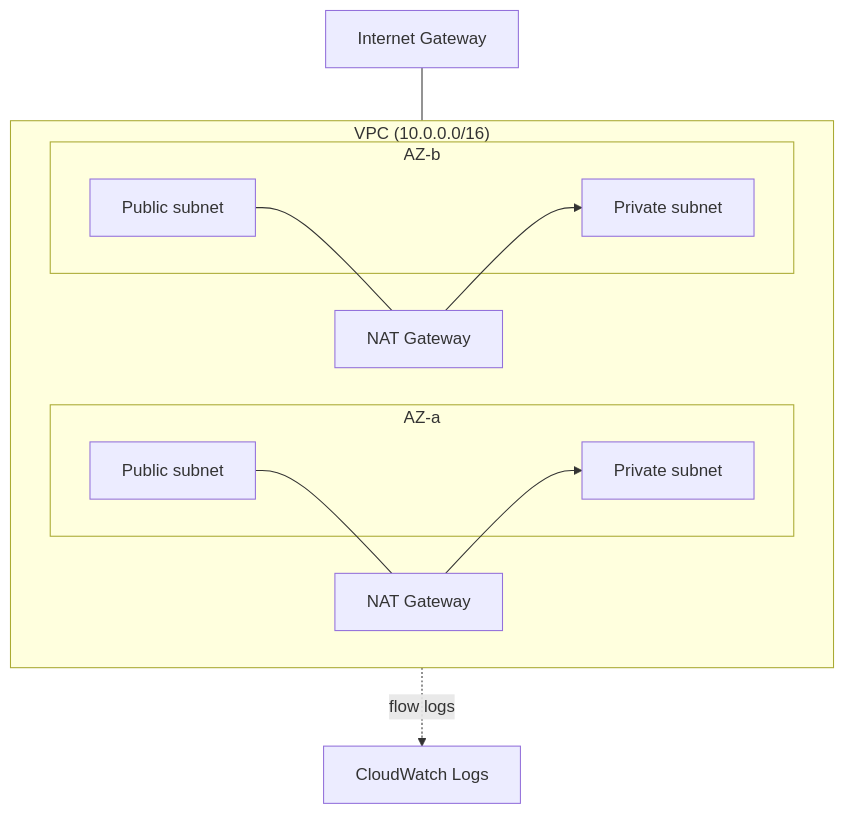
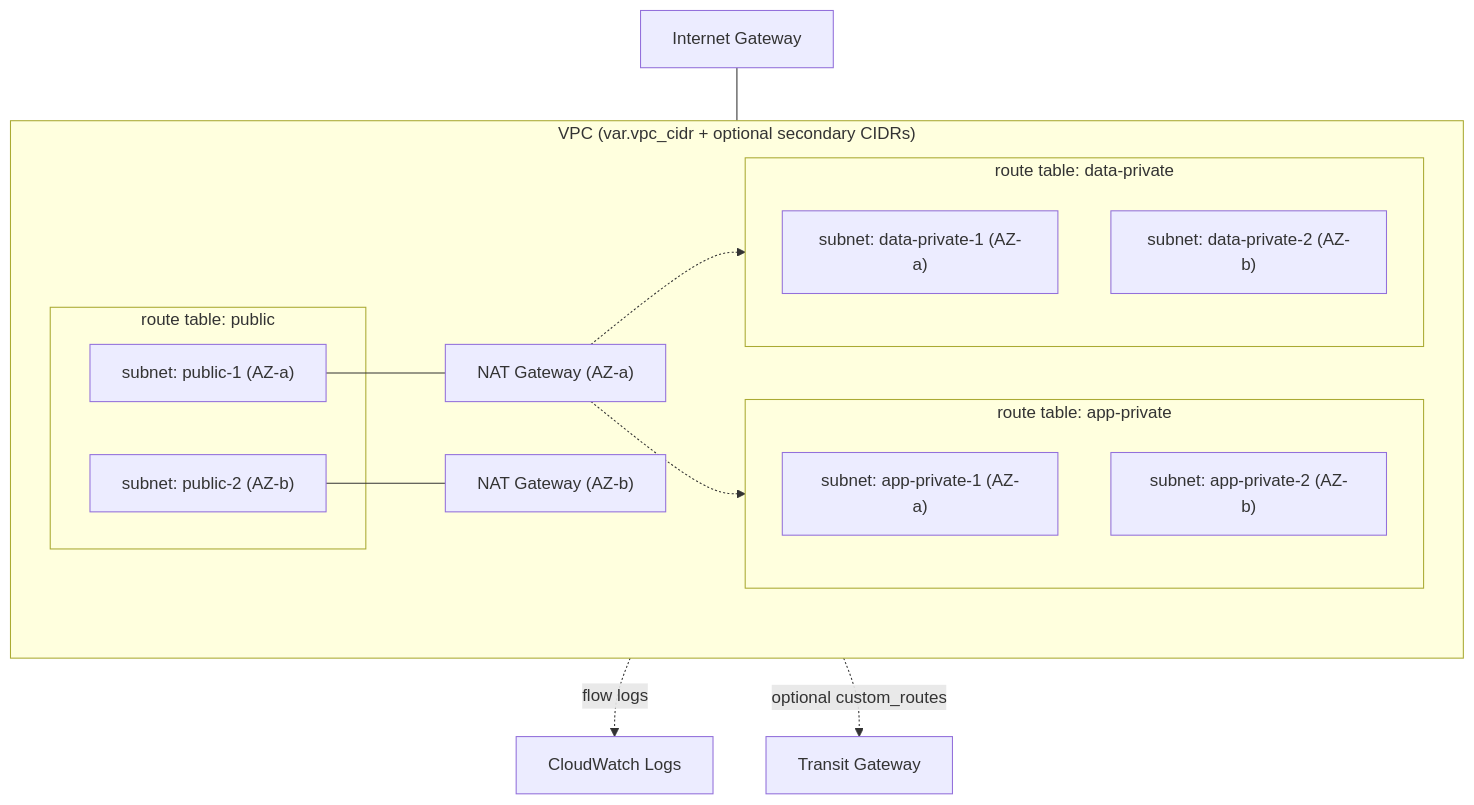
Before and after one commit to metalaranna/terraform-aws-vpc: the diagram in README.md, drawn with Mermaid. The commit also changed other lines of this file and 4 other files, not shown here.

````diff
--- a/README.md
+++ b/README.md
@@ -7,20 +9,25 @@
 ```mermaid
 flowchart TB
     igw["Internet Gateway"] --- vpc
-    subgraph vpc["VPC (10.0.0.0/16)"]
+    subgraph vpc["VPC (var.vpc_cidr + optional secondary CIDRs)"]
         direction LR
-        subgraph az1["AZ-a"]
-            pub1["Public subnet"]
-            priv1["Private subnet"]
+        subgraph rt_pub["route table: public"]
+            pub1["subnet: public-1 (AZ-a)"]
+            pub2["subnet: public-2 (AZ-b)"]
         end
-        subgraph az2["AZ-b"]
-            pub2["Public subnet"]
-            priv2["Private subnet"]
+        subgraph rt_app["route table: app-private"]
+            app1["subnet: app-private-1 (AZ-a)"]
+            app2["subnet: app-private-2 (AZ-b)"]
         end
-        pub1 --- nat1["NAT Gateway"]
-        pub2 --- nat2["NAT Gateway"]
-        nat1 --> priv1
-        nat2 --> priv2
+        subgraph rt_data["route table: data-private"]
+            data1["subnet: data-private-1 (AZ-a)"]
+            data2["subnet: data-private-2 (AZ-b)"]
+        end
+        pub1 --- nat1["NAT Gateway (AZ-a)"]
+        pub2 --- nat2["NAT Gateway (AZ-b)"]
+        nat1 -.-> rt_app
+        nat1 -.-> rt_data
     end
     vpc -. "flow logs" .-> cw["CloudWatch Logs"]
+    rt_app -. "optional custom_routes" .-> tgw["Transit Gateway"]
 ```
````
